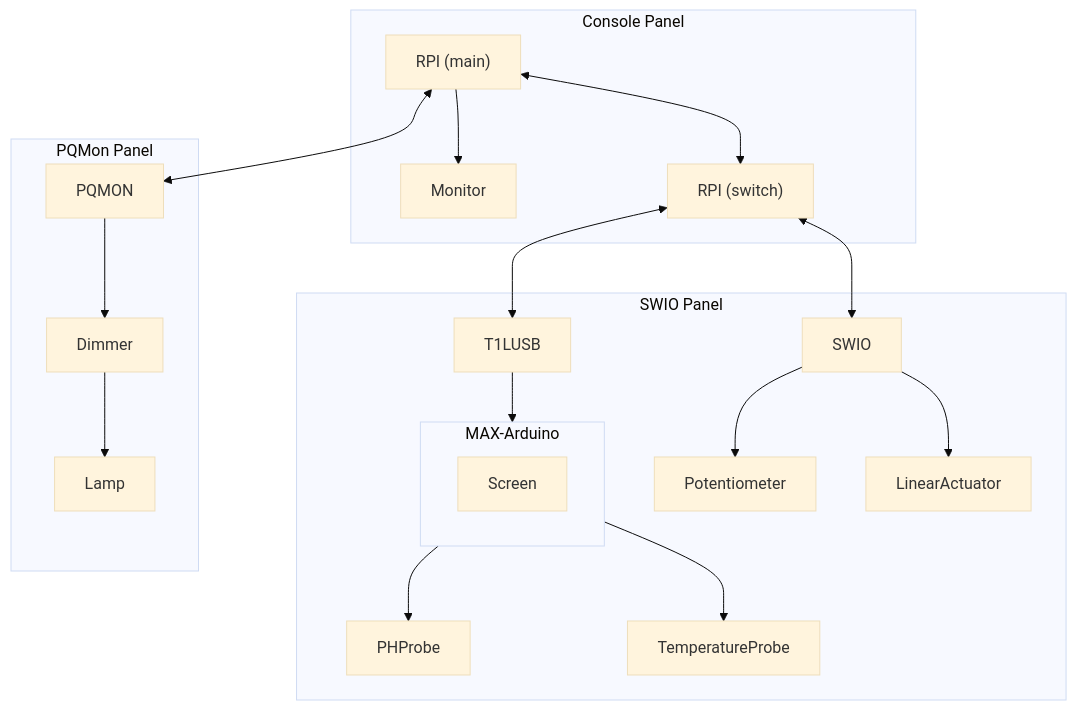
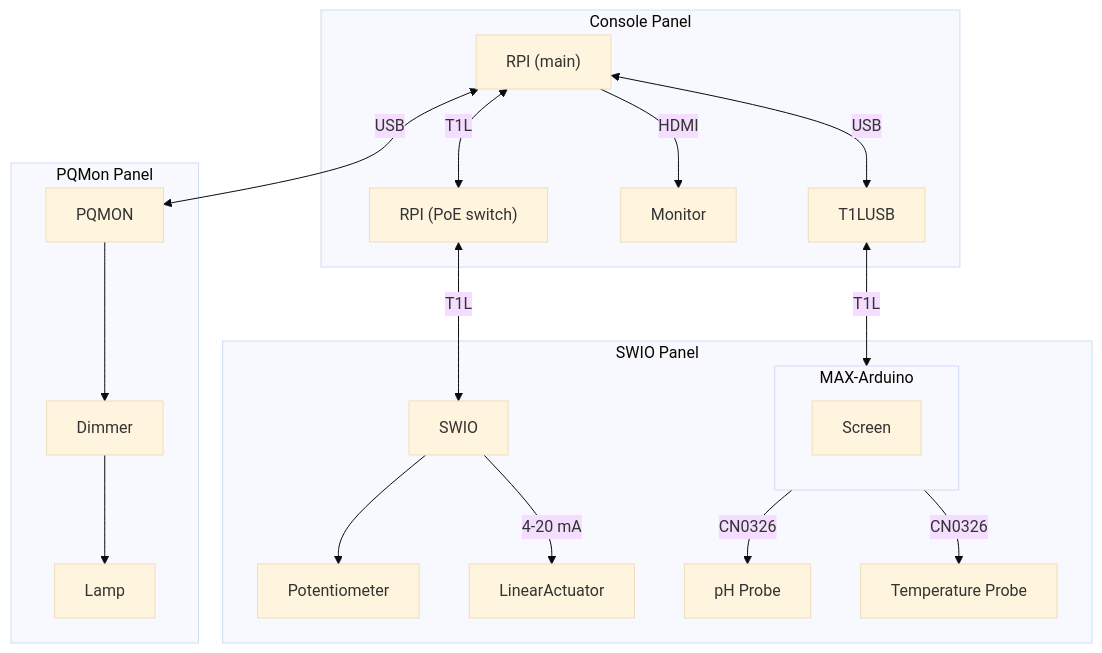
The diagram in README.md (trupples/ftc2024-industrial-networks), drawn with Mermaid (base theme) before and after one commit.

Commit message:
Update README diagram

````diff
--- a/README.md
+++ b/README.md
@@ -3,34 +3,33 @@
 ```mermaid
-graph TB
+flowchart
     subgraph ConsolePanel[Console Panel]
-        Monitor
-        Switch_rpi["RPI (switch)"]
-        Main_rpi["RPI (main)"] --> Monitor
-        Main_rpi <--> Switch_rpi
+        Switch_rpi["RPI (PoE switch)"]
+        Main_rpi <--T1L--> Switch_rpi
+        Main_rpi["RPI (main)"] --HDMI--> Monitor
+        Main_rpi <--USB--> T1LUSB
     end
 
     subgraph SWIOPanel[SWIO Panel]
         Potentiometer
         LinearActuator
         PHProbe
         TemperatureProbe
         SWIO
         SWIO --> Potentiometer
-        SWIO --> LinearActuator
+        SWIO --4-20 mA--> LinearActuator
         subgraph MAX-Arduino
             Screen
         end
-        MAT1L[T1LUSB] --> MAX-Arduino
-        MAX-Arduino --> PHProbe
-        MAX-Arduino --> TemperatureProbe
+        MAX-Arduino --CN0326--> PHProbe[pH Probe]
+        MAX-Arduino --CN0326--> TemperatureProbe[Temperature Probe]
     end
 
     subgraph PQMonPanel[PQMon Panel]
         PQMON --> Dimmer --> Lamp
     end
 
 
-    Switch_rpi <--> SWIO
-    Switch_rpi <--> MAT1L
-    Main_rpi <--> PQMON
+    Switch_rpi <--T1L--> SWIO
+    T1LUSB <--T1L--> MAX-Arduino
+    Main_rpi <--USB--> PQMON
 ```
````
